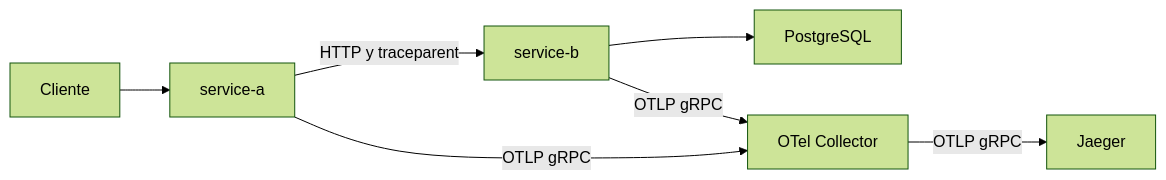
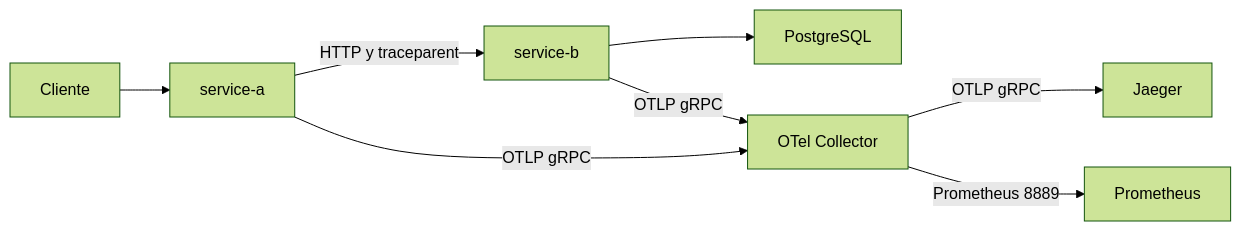
Before and after one commit to DiegoBorja09/LaboratorioDevops: the diagram in otel-multicloud-lab/README.md, drawn with Mermaid (forest theme). The commit also changed other lines of this file and 13 other files, not shown here.

````diff
--- a/otel-multicloud-lab/README.md
+++ b/otel-multicloud-lab/README.md
@@ -193,9 +195,10 @@
 ```mermaid
 flowchart LR
     cliente[Cliente] --> serviceA[service-a]
     serviceA -->|HTTP y traceparent| serviceB[service-b]
     serviceB --> postgres[PostgreSQL]
     serviceA -->|OTLP gRPC| collector[OTel Collector]
     serviceB -->|OTLP gRPC| collector
     collector -->|OTLP gRPC| jaeger[Jaeger]
+    collector -->|Prometheus 8889| prometheus[Prometheus]
 ```
````
